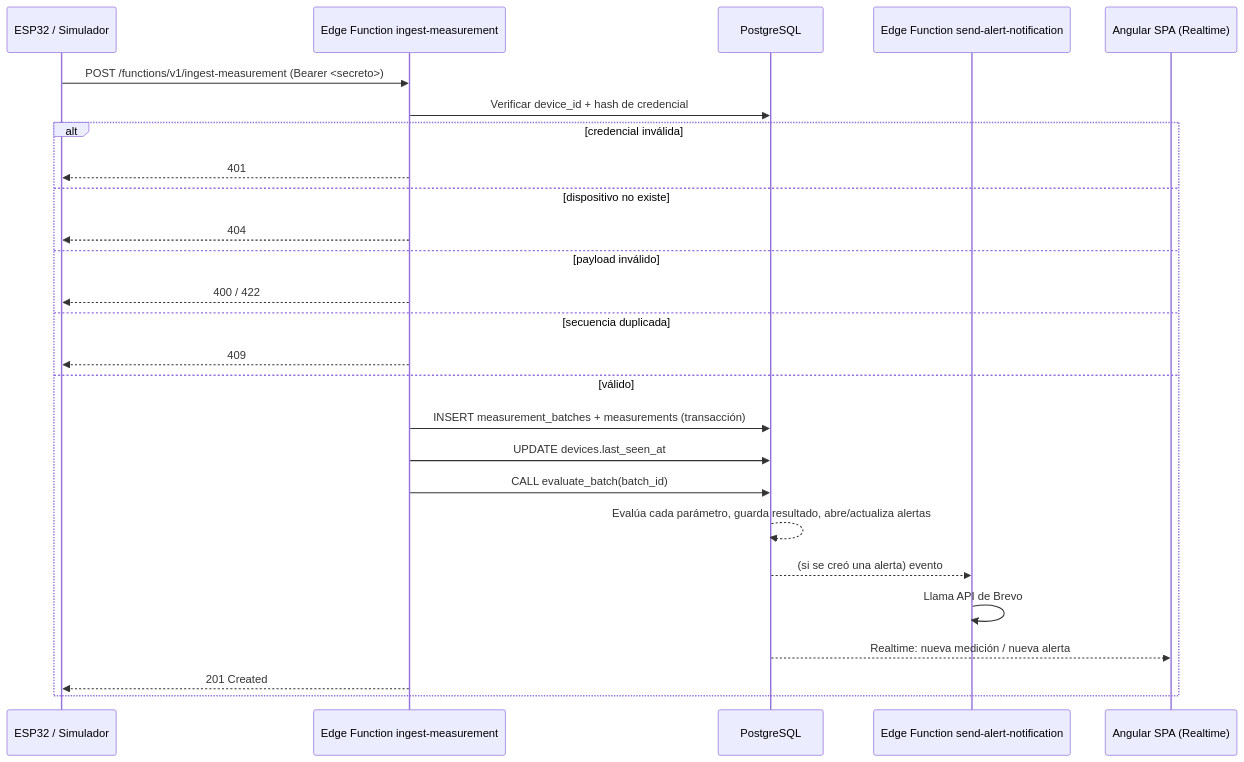
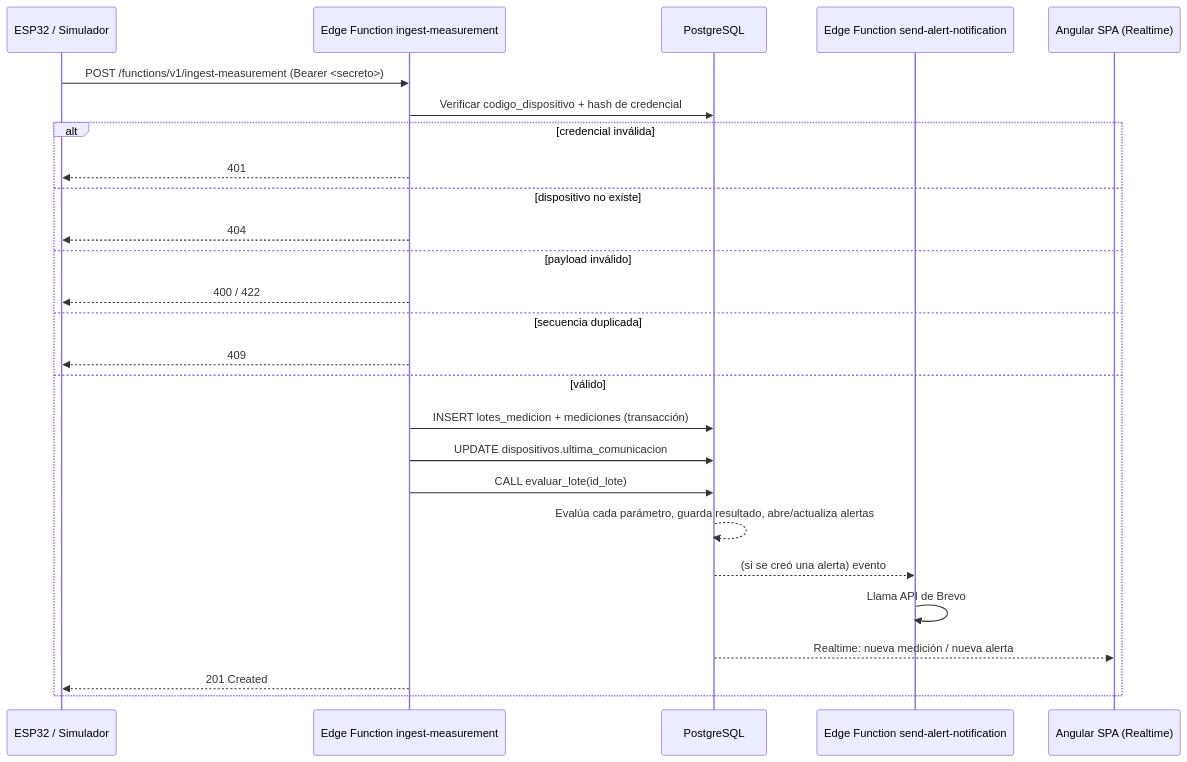
The second of 2 diagrams in docs/ARCHITECTURE.md (trabajolasc27-del/Calidad-Agua-IoT), drawn with Mermaid before and after one commit. The commit also changed 62 other files, not shown here.

````diff
--- a/docs/ARCHITECTURE.md
+++ b/docs/ARCHITECTURE.md
@@ -81,29 +81,29 @@
 ```mermaid
 sequenceDiagram
     participant D as ESP32 / Simulador
     participant E as Edge Function ingest-measurement
     participant P as PostgreSQL
     participant N as Edge Function send-alert-notification
     participant C as Angular SPA (Realtime)
 
     D->>E: POST /functions/v1/ingest-measurement (Bearer <secreto>)
-    E->>P: Verificar device_id + hash de credencial
+    E->>P: Verificar codigo_dispositivo + hash de credencial
     alt credencial inválida
         E-->>D: 401
     else dispositivo no existe
         E-->>D: 404
     else payload inválido
         E-->>D: 400 / 422
     else secuencia duplicada
         E-->>D: 409
     else válido
-        E->>P: INSERT measurement_batches + measurements (transacción)
-        E->>P: UPDATE devices.last_seen_at
-        E->>P: CALL evaluate_batch(batch_id)
+        E->>P: INSERT lotes_medicion + mediciones (transacción)
+        E->>P: UPDATE dispositivos.ultima_comunicacion
+        E->>P: CALL evaluar_lote(id_lote)
         P-->>P: Evalúa cada parámetro, guarda resultado, abre/actualiza alertas
         P-->>N: (si se creó una alerta) evento
         N->>N: Llama API de Brevo
         P-->>C: Realtime: nueva medición / nueva alerta
         E-->>D: 201 Created
     end
 ```
````
